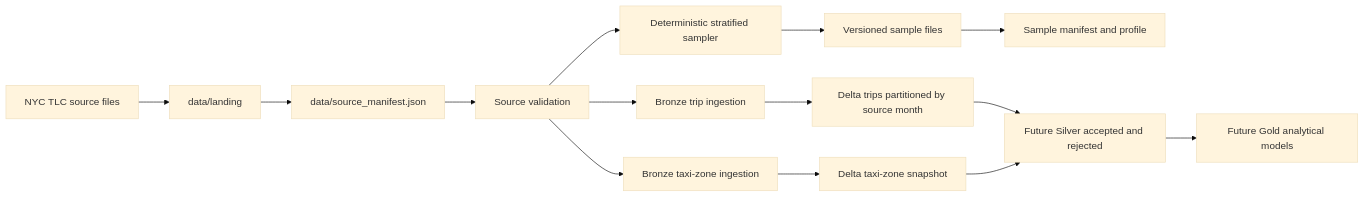
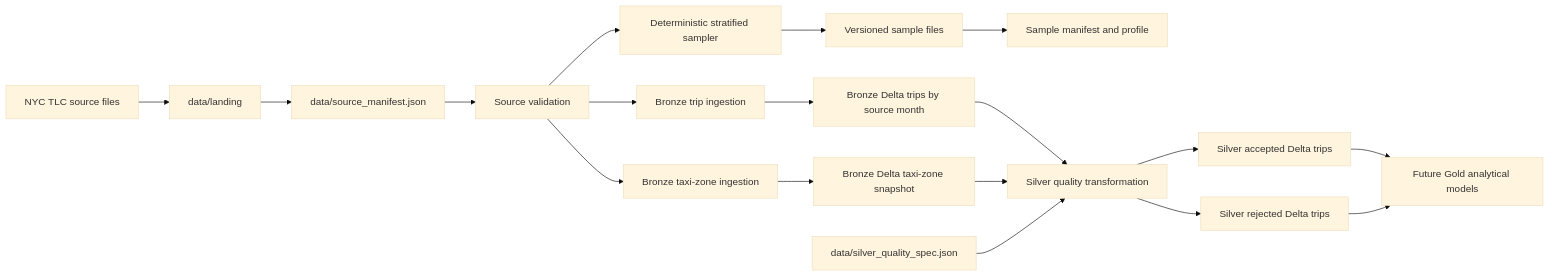
One commit to theodev23/nyc-taxi-lakehouse-pyspark-databricks changed the diagram in README.md. Above: the diagram before and after it, drawn with Mermaid (base theme). The commit also changed other lines of this file and 19 other files, not shown here.

First line of the commit message:
Implement Silver quality pipeline

````diff
--- a/README.md
+++ b/README.md
@@ -58,19 +64,25 @@
 ```mermaid
 flowchart LR
     A[NYC TLC source files] --> B[data/landing]
     B --> C[data/source_manifest.json]
     C --> D[Source validation]
 
     D --> E[Bronze trip ingestion]
     D --> F[Bronze taxi-zone ingestion]
-    E --> G[Delta trips partitioned by source month]
-    F --> H[Delta taxi-zone snapshot]
+    E --> G[Bronze Delta trips by source month]
+    F --> H[Bronze Delta taxi-zone snapshot]
 
     D --> I[Deterministic stratified sampler]
     I --> J[Versioned sample files]
     J --> K[Sample manifest and profile]
 
-    G --> L[Future Silver accepted and rejected]
+    G --> L[Silver quality transformation]
     H --> L
-    L --> M[Future Gold analytical models]
+    Q[data/silver_quality_spec.json] --> L
+
+    L --> M[Silver accepted Delta trips]
+    L --> N[Silver rejected Delta trips]
+
+    M --> O[Future Gold analytical models]
+    N --> O
 ```
````
